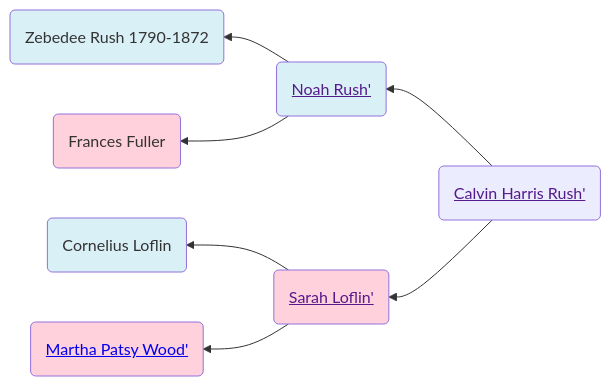
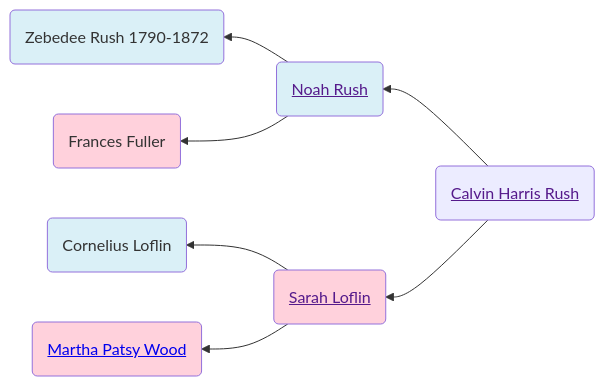
Before and after one commit to neelsmith/avocational: the first of 2 diagrams in familyhistory/sources/people/Rush-line/Calvin_Harris_Rush.qmd, drawn with Mermaid. The commit also changed other lines of this file and 96 other files, not shown here.

````diff
--- a/familyhistory/sources/people/Rush-line/Calvin_Harris_Rush.qmd
+++ b/familyhistory/sources/people/Rush-line/Calvin_Harris_Rush.qmd
@@ -30,20 +30,20 @@
 ```{mermaid}
 graph RL
 %% RL ancestor diagram
-Calvin_Harris_Rush(<a href=''>Calvin Harris Rush'</>) -->  Noah_Rush(<a href='./Noah_Rush.html'>Noah Rush'</>)
-Noah_Rush(<a href=''>Noah Rush'</>) -->  Zebedee_Rush_1790-1872(Zebedee Rush 1790-1872)
+Calvin_Harris_Rush(<a href=''>Calvin Harris Rush</a>) -->  Noah_Rush(<a href='./Noah_Rush.html'>Noah Rush</a>)
+Noah_Rush(<a href=''>Noah Rush</a>) -->  Zebedee_Rush_1790-1872(Zebedee Rush 1790-1872)
 class Zebedee_Rush_1790-1872 father
-Noah_Rush(<a href=''>Noah Rush'</>)  --> Frances_Fuller(Frances Fuller)
+Noah_Rush(<a href=''>Noah Rush</a>)  --> Frances_Fuller(Frances Fuller)
 class Frances_Fuller mother
 class Noah_Rush father
-Calvin_Harris_Rush(<a href=''>Calvin Harris Rush'</>)  --> Sarah_Loflin(<a href='./../Randolph_county_lines/Loflin/Sarah_Loflin.html'>Sarah Loflin'</>)
-Sarah_Loflin(<a href=''>Sarah Loflin'</>) -->  Cornelius_Loflin(Cornelius Loflin)
+Calvin_Harris_Rush(<a href=''>Calvin Harris Rush</a>)  --> Sarah_Loflin(<a href='./../Randolph_county_lines/Loflin/Sarah_Loflin.html'>Sarah Loflin</a>)
+Sarah_Loflin(<a href=''>Sarah Loflin</a>) -->  Cornelius_Loflin(Cornelius Loflin)
 class Cornelius_Loflin father
-Sarah_Loflin(<a href=''>Sarah Loflin'</>)  --> Martha_Patsy_Wood(<a href='./../Martha_Patsy_Wood.html'>Martha Patsy Wood'</>)
+Sarah_Loflin(<a href=''>Sarah Loflin</a>)  --> Martha_Patsy_Wood(<a href='./../Martha_Patsy_Wood.html'>Martha Patsy Wood</a>)
 class Martha_Patsy_Wood mother
 class Sarah_Loflin mother
 classDef mother fill:#ffd1dc
 classDef father fill:#daf0f7  
 classDef marriage fill:#ffffff
 
 ```
````
